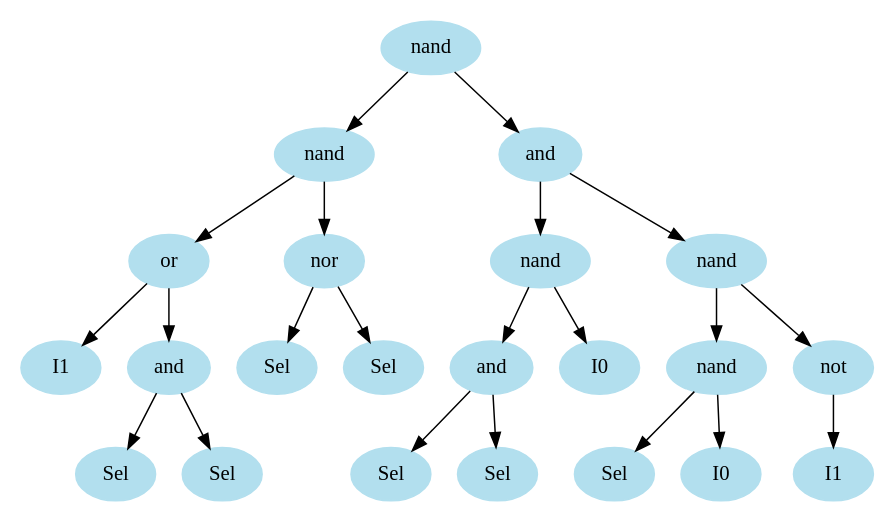
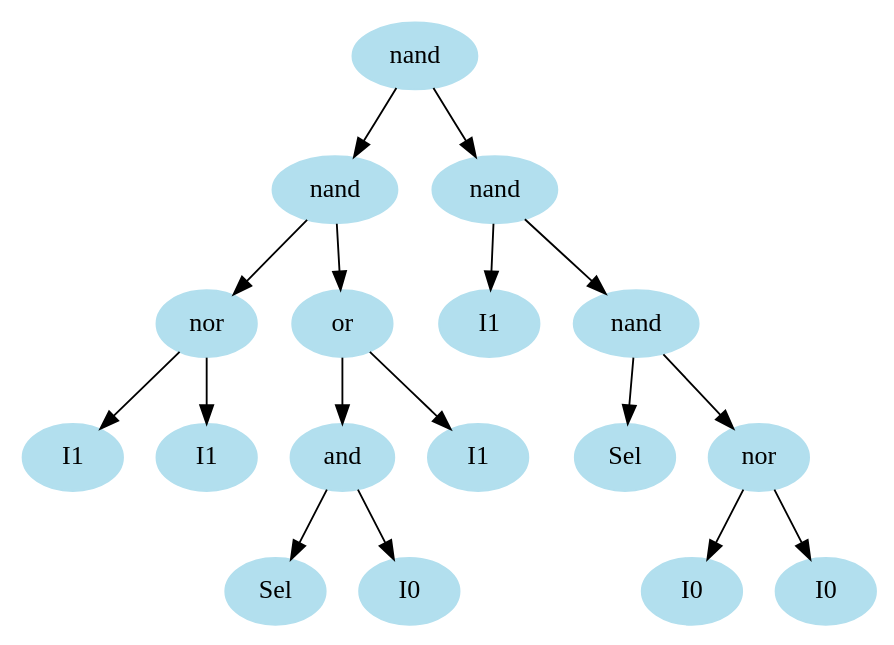
One commit to king2b3/GP changed the diagram in temp/Final_AST.gv. Above: the diagram before and after it, drawn with Graphviz. The commit also changed 16 other files, not shown here.

```diff
--- a/temp/Final_AST.gv
+++ b/temp/Final_AST.gv
@@ -1,47 +1,37 @@
 digraph unix {
 	node [color=lightblue2 style=filled]
 	size="6,6"
 	gate_0 [label=nand]
 	gate_1 [label=nand]
-	gate_2 [label=or]
+	gate_2 [label=nor]
 	ins_0 [label=I1]
-	gate_3 [label=and]
-	ins_1 [label=Sel]
+	ins_1 [label=I1]
+	gate_3 [label=or]
+	gate_4 [label=and]
 	ins_2 [label=Sel]
-	gate_4 [label=nor]
-	ins_3 [label=Sel]
-	ins_4 [label=Sel]
-	gate_5 [label=and]
+	ins_3 [label=I0]
+	ins_4 [label=I1]
+	gate_5 [label=nand]
+	ins_5 [label=I1]
 	gate_6 [label=nand]
-	gate_7 [label=and]
-	ins_5 [label=Sel]
 	ins_6 [label=Sel]
+	gate_7 [label=nor]
 	ins_7 [label=I0]
-	gate_8 [label=nand]
-	gate_9 [label=nand]
-	ins_8 [label=Sel]
-	ins_9 [label=I0]
-	gate_10 [label=not]
-	ins_10 [label=I1]
+	ins_8 [label=I0]
 	gate_0 -> gate_1
 	gate_0 -> gate_5
 	gate_1 -> gate_2
-	gate_1 -> gate_4
+	gate_1 -> gate_3
 	gate_2 -> ins_0
-	gate_2 -> gate_3
-	gate_3 -> ins_1
-	gate_3 -> ins_2
+	gate_2 -> ins_1
+	gate_3 -> gate_4
+	gate_3 -> ins_4
+	gate_4 -> ins_2
 	gate_4 -> ins_3
-	gate_4 -> ins_4
+	gate_5 -> ins_5
 	gate_5 -> gate_6
-	gate_5 -> gate_8
+	gate_6 -> ins_6
 	gate_6 -> gate_7
-	gate_6 -> ins_7
-	gate_7 -> ins_5
-	gate_7 -> ins_6
-	gate_8 -> gate_9
-	gate_8 -> gate_10
-	gate_9 -> ins_8
-	gate_9 -> ins_9
-	gate_10 -> ins_10
+	gate_7 -> ins_7
+	gate_7 -> ins_8
 }
```
